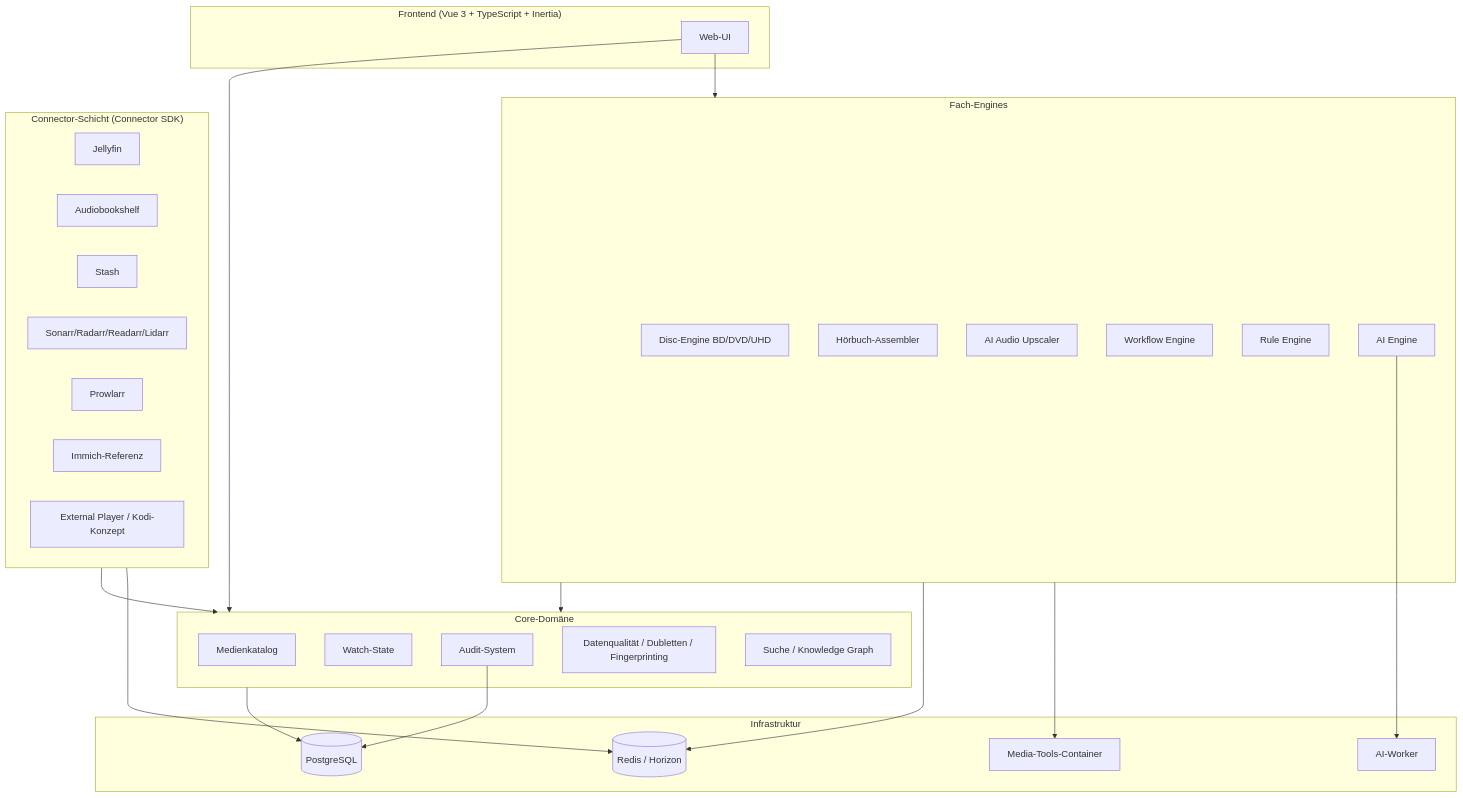
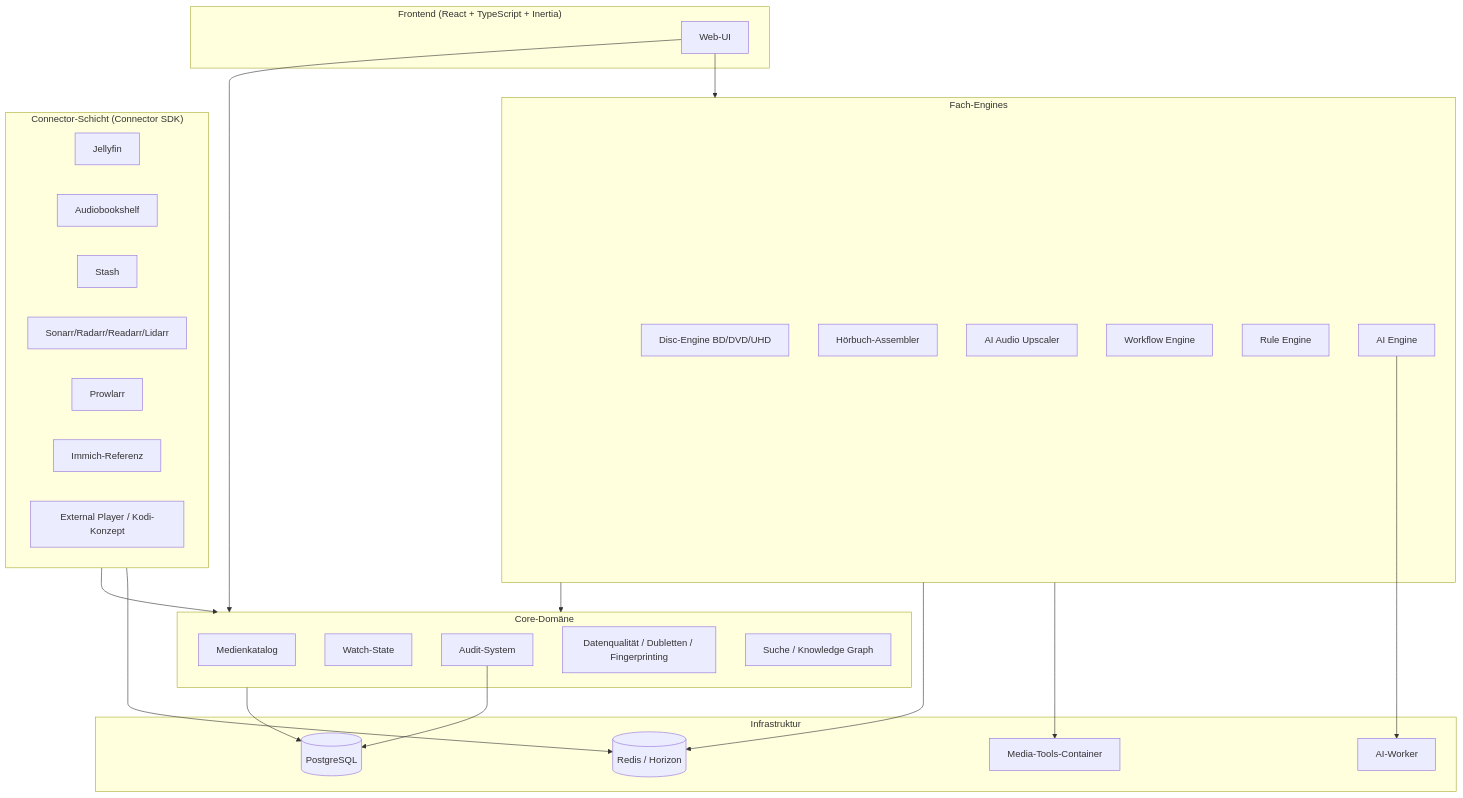
Before and after one commit to MediaForge-org/MediaForge: the second of 2 diagrams in docs/MediaForge/MediaForge_Master_Engineering.md, drawn with Mermaid. The commit also changed other lines of this file and 45 other files, not shown here.

````diff
--- a/docs/MediaForge/MediaForge_Master_Engineering.md
+++ b/docs/MediaForge/MediaForge_Master_Engineering.md
@@ -205,46 +205,46 @@
 ```mermaid
 flowchart TB
-    subgraph UI["Frontend (Vue 3 + TypeScript + Inertia)"]
+    subgraph UI["Frontend (React + TypeScript + Inertia)"]
         WEB[Web-UI]
     end
     subgraph CORE["Core-Domäne"]
         CAT[Medienkatalog]
         WS[Watch-State]
         AUD[Audit-System]
         DQ[Datenqualität / Dubletten / Fingerprinting]
         SRCH[Suche / Knowledge Graph]
     end
     subgraph ENGINES["Fach-Engines"]
         DISC[Disc-Engine BD/DVD/UHD]
         ABK[Hörbuch-Assembler]
         UPS[AI Audio Upscaler]
         WFE[Workflow Engine]
         RLE[Rule Engine]
         AIE[AI Engine]
     end
     subgraph CONN["Connector-Schicht (Connector SDK)"]
         JF[Jellyfin]
         ABS[Audiobookshelf]
         STH[Stash]
         ARR[Sonarr/Radarr/Readarr/Lidarr]
         PRW[Prowlarr]
         IMM[Immich-Referenz]
         EXT[External Player / Kodi-Konzept]
     end
     subgraph INFRA["Infrastruktur"]
         PG[(PostgreSQL)]
         RD[(Redis / Horizon)]
         MT[Media-Tools-Container]
         AIW[AI-Worker]
     end
     WEB --> CORE
     WEB --> ENGINES
     ENGINES --> CORE
     CONN --> CORE
     CORE --> PG
     ENGINES --> RD
     CONN --> RD
     ENGINES --> MT
     AIE --> AIW
     AUD --> PG
 ```
````
